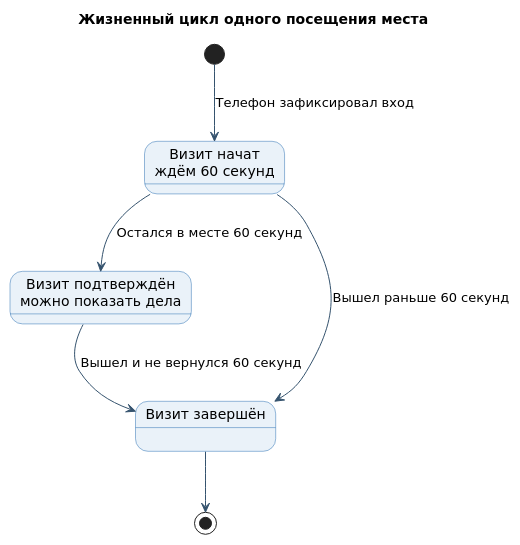
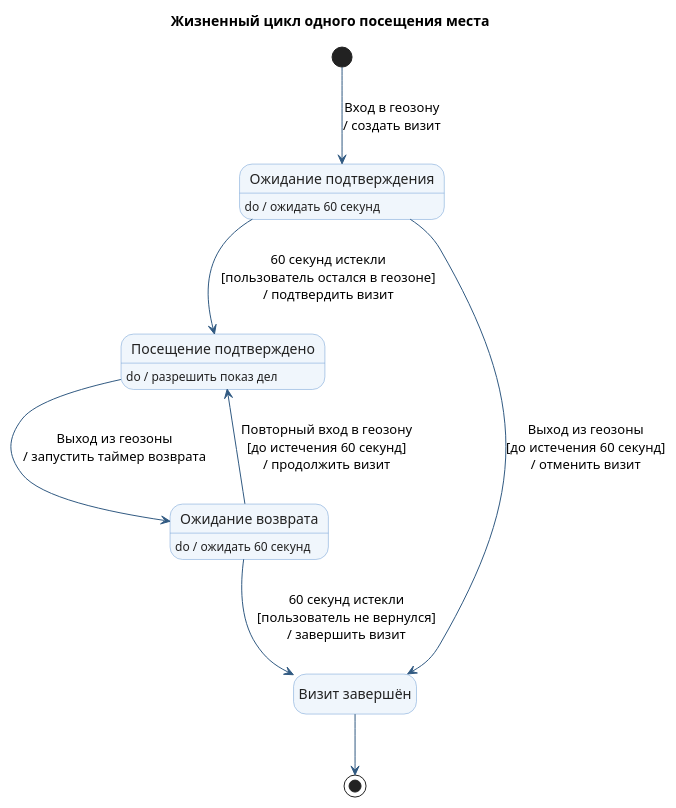
Before and after one commit to techmo0/GoCue: the diagram in docs/lab-02/diagrams/07-state.puml, drawn with PlantUML. The commit also changed 5 other files, not shown here.

Commit message:
Update GoCue visit state diagram

```diff
--- a/docs/lab-02/diagrams/07-state.puml
+++ b/docs/lab-02/diagrams/07-state.puml
@@ -1,21 +1,43 @@
 @startuml
+
 title Жизненный цикл одного посещения места
-skinparam backgroundColor white
+
+top to bottom direction
+
 skinparam shadowing false
-skinparam defaultFontName "DejaVu Sans"
+
 skinparam state {
-  BackgroundColor #EAF2F9
-  BorderColor #2D70B2
-  ArrowColor #35536E
+    BackgroundColor #F0F6FC
+    BorderColor #6B9BD2
+    FontColor #222222
+    ArrowColor #315A82
 }
 
-state "Визит начат\nждём 60 секунд" as Candidate
-state "Визит подтверждён\nможно показать дела" as Confirmed
+hide empty description
+
+[*] --> Candidate : Вход в геозону\n/ создать визит
+
+state "Ожидание подтверждения" as Candidate
+state "Посещение подтверждено" as Confirmed
+state "Ожидание возврата" as ReturnWait
 state "Визит завершён" as Ended
 
-[*] --> Candidate : Телефон зафиксировал вход
-Candidate --> Confirmed : Остался в месте 60 секунд
-Candidate --> Ended : Вышел раньше 60 секунд
-Confirmed --> Ended : Вышел и не вернулся 60 секунд
+Candidate : do / ожидать 60 секунд
+
+Candidate --> Confirmed : 60 секунд истекли\n[пользователь остался в геозоне]\n/ подтвердить визит
+
+Candidate --> Ended : Выход из геозоны\n[до истечения 60 секунд]\n/ отменить визит
+
+Confirmed : do / разрешить показ дел
+
+Confirmed --> ReturnWait : Выход из геозоны\n/ запустить таймер возврата
+
+ReturnWait : do / ожидать 60 секунд
+
+ReturnWait --> Confirmed : Повторный вход в геозону\n[до истечения 60 секунд]\n/ продолжить визит
+
+ReturnWait --> Ended : 60 секунд истекли\n[пользователь не вернулся]\n/ завершить визит
+
 Ended --> [*]
+
 @enduml
```
